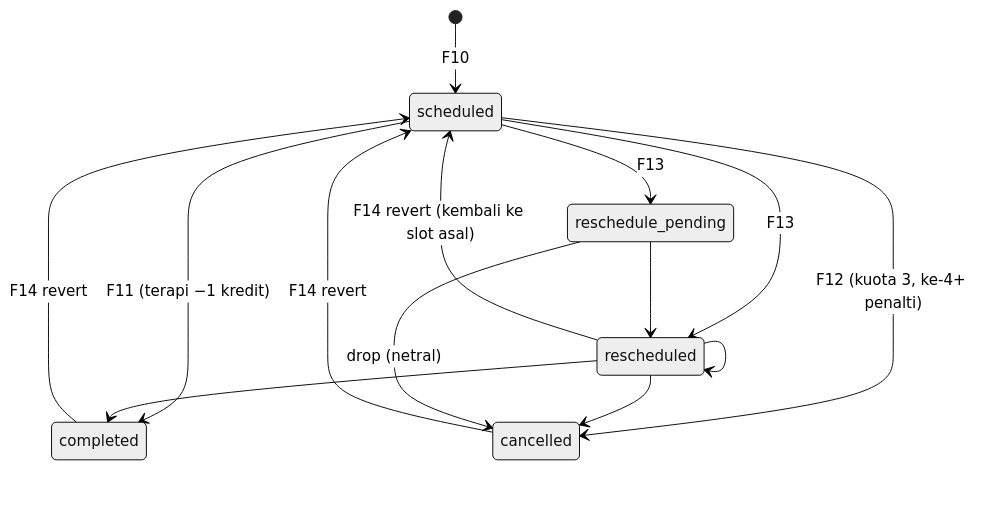
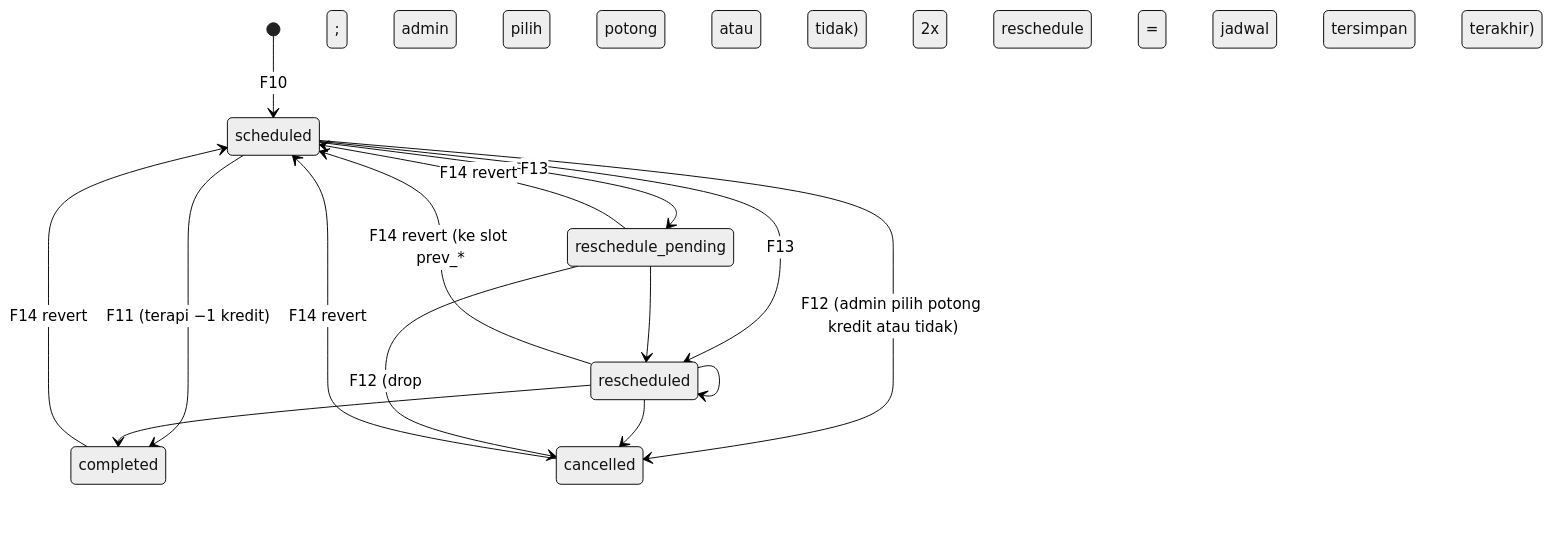
The fifth of 6 diagrams in technical_workflow.md (Iksan273/Therapedia), drawn with Mermaid (neutral theme) before and after one commit. The commit also changed other lines of this file and 130 other files, not shown here.

````diff
--- a/technical_workflow.md
+++ b/technical_workflow.md
@@ -499,16 +532,17 @@
 ```mermaid
 stateDiagram-v2
   [*] --> scheduled: F10
   scheduled --> completed: F11 (terapi −1 kredit)
-  scheduled --> cancelled: F12 (kuota 3, ke-4+ penalti)
+  scheduled --> cancelled: F12 (admin pilih potong kredit atau tidak)
   scheduled --> rescheduled: F13
   scheduled --> reschedule_pending: F13
   rescheduled --> completed
   rescheduled --> cancelled
   rescheduled --> rescheduled
   reschedule_pending --> rescheduled
-  reschedule_pending --> cancelled: drop (netral)
+  reschedule_pending --> cancelled: F12 (drop; admin pilih potong atau tidak)
   completed --> scheduled: F14 revert
   cancelled --> scheduled: F14 revert
-  rescheduled --> scheduled: F14 revert (kembali ke slot asal)
+  rescheduled --> scheduled: F14 revert (ke slot prev_*; 2x reschedule = jadwal tersimpan terakhir)
+  reschedule_pending --> scheduled: F14 revert
 ```
````
